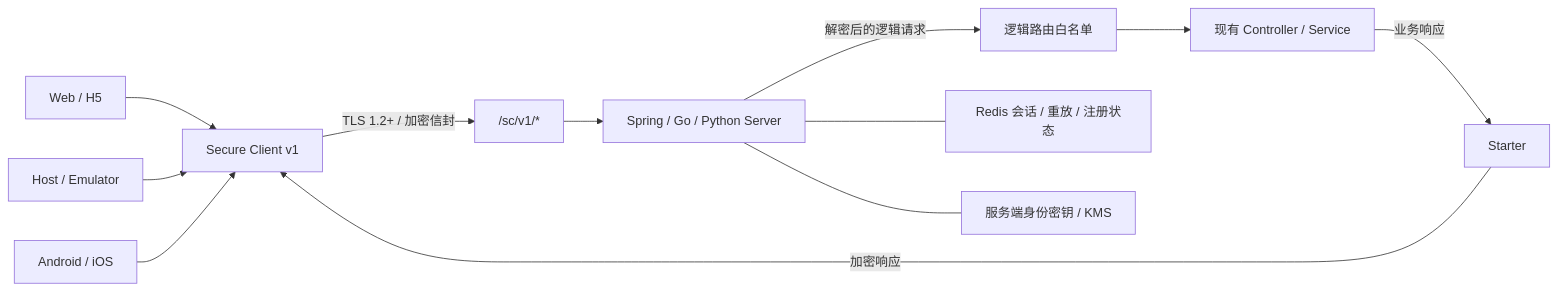
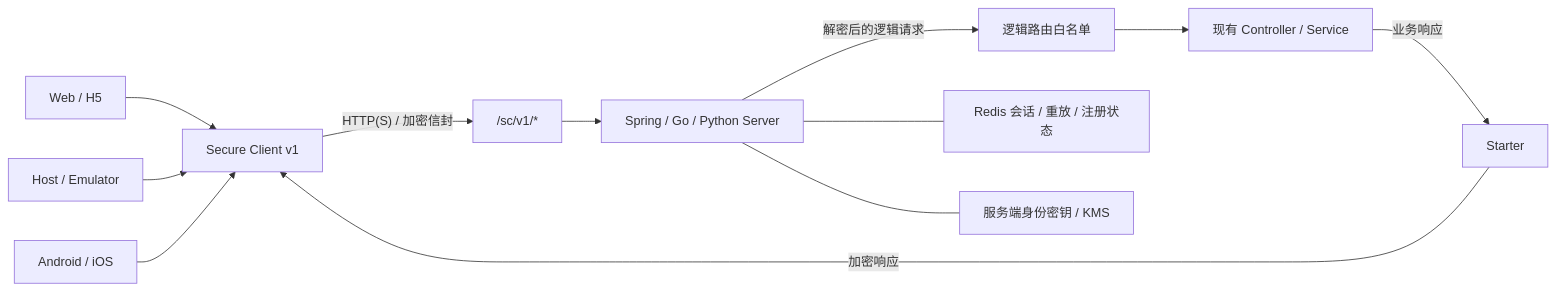
One commit to coolxer-studio/secure-communication changed the diagram in README.md. Above: the diagram before and after it, drawn with Mermaid. The commit also changed other lines of this file and 46 other files, not shown here.

````diff
--- a/README.md
+++ b/README.md
@@ -44,14 +45,14 @@
 ```mermaid
 flowchart LR
     Web["Web / H5"] --> Client["Secure Client v1"]
     Host["Host / Emulator"] --> Client
     Mobile["Android / iOS"] --> Client
-    Client -->|"TLS 1.2+ / 加密信封"| Endpoints["/sc/v1/*"]
+    Client -->|"HTTP(S) / 加密信封"| Endpoints["/sc/v1/*"]
     Endpoints --> Server["Spring / Go / Python Server"]
     Server -->|"解密后的逻辑请求"| Routes["逻辑路由白名单"]
     Routes --> Controllers["现有 Controller / Service"]
     Controllers -->|"业务响应"| Starter
     Starter -->|"加密响应"| Client
     Server --- State["Redis 会话 / 重放 / 注册状态"]
     Server --- Identity["服务端身份密钥 / KMS"]
 ```
````
